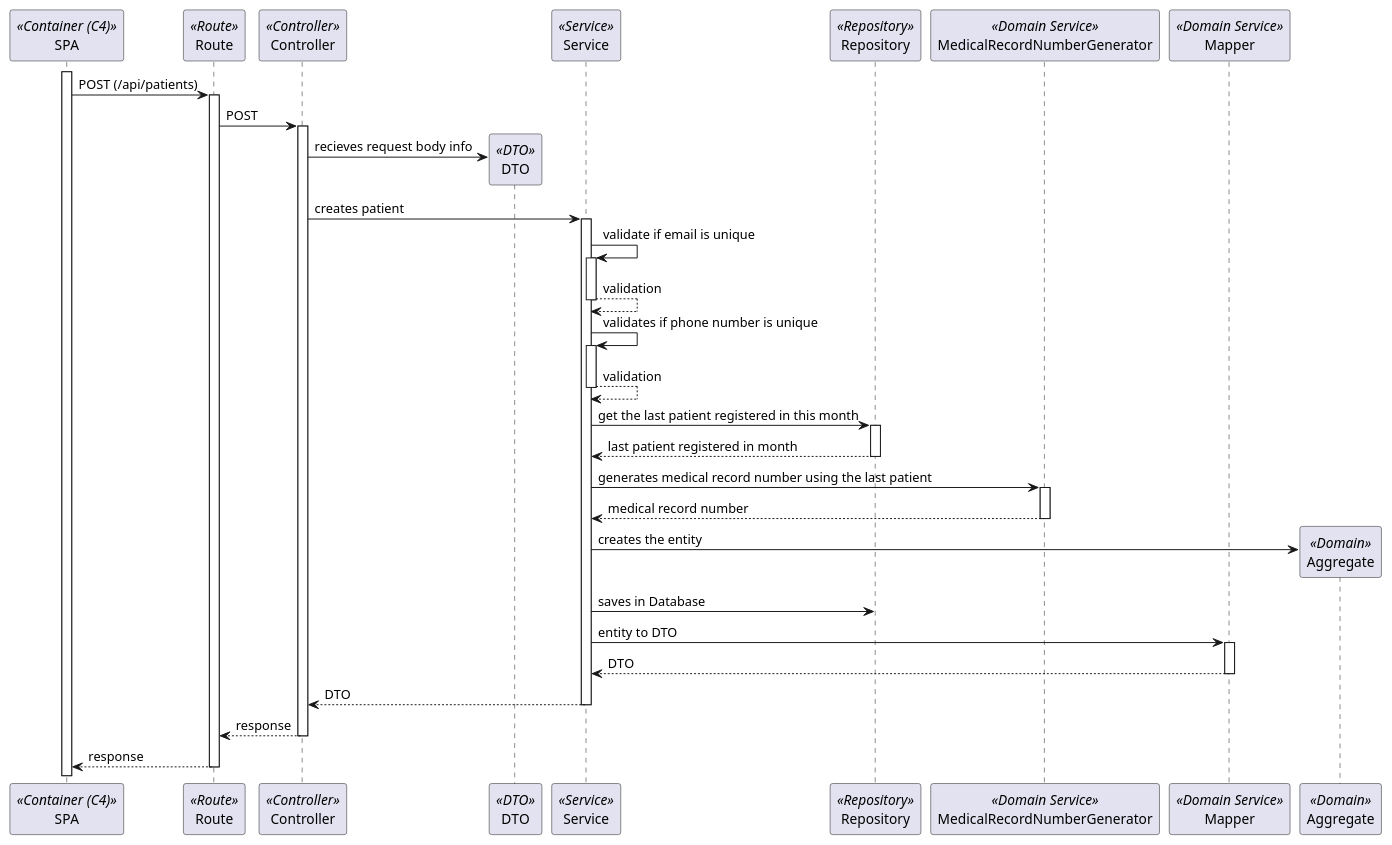
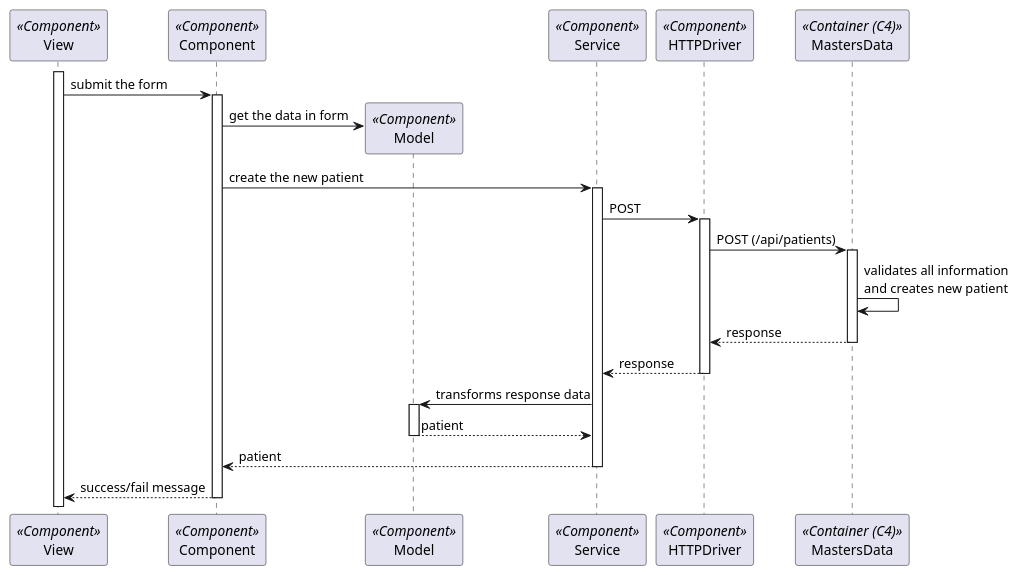
Before and after one commit to Rodrick0209/ISEP-SEM5PI-24-25: the diagram in docs/Sprint_2/Backoffice/US_6.2.6/L3/Process_View.puml, drawn with PlantUML. The commit also changed 19 other files, not shown here.

Commit message:
Updated level 3 diagrams for SPA adaptation #25

```diff
--- a/docs/Sprint_2/Backoffice/US_6.2.6/L3/Process_View.puml
+++ b/docs/Sprint_2/Backoffice/US_6.2.6/L3/Process_View.puml
@@ -2,40 +2,28 @@
 @startuml Process_View
-participant SPA as SPA <<Container (C4)>>
-participant Route as Route <<Route>>
-participant Controller as Controller <<Controller>>
-participant DTO as DTO <<DTO>>
-participant Service as Service <<Service>>
-participant Repository as Repository <<Repository>>
-participant MedicalRecordNumberGenerator as MedicalRecordNumberGenerator <<Domain Service>>
-participant Mapper as Mapper <<Domain Service>>
-participant Aggregate as Domain <<Domain>>
-activate SPA
-SPA -> Route: POST (/api/patients)
-activate Route
-Route -> Controller : POST
-activate Controller
-Controller -> DTO** : recieves request body info
-Controller -> Service : creates patient
+participant View as View <<Component>>
+participant Component as Component <<Component>>
+participant Model as Model <<Component>>
+participant Service as Service <<Component>>
+participant HTTPDriver as HTTPDriver <<Component>>
+participant MastersData as BE <<Container (C4)>>
+
+activate View
+View -> Component: submit the form
+activate Component
+Component -> Model**: get the data in form
+Component -> Service: create the new patient
 activate Service
-Service -> Service : validate if email is unique
-activate Service
-return validation
-Service -> Service : validates if phone number is unique
-activate Service
-return validation
-Service -> Repository : get the last patient registered in this month
-activate Repository
-return last patient registered in month
-Service -> MedicalRecordNumberGenerator : generates medical record number using the last patient
-activate MedicalRecordNumberGenerator
-return medical record number
-Service -> Domain** : creates the entity
-Service -> Repository : saves in Database
-Service -> Mapper : entity to DTO
-activate Mapper
-return DTO
-return DTO
+Service -> HTTPDriver: POST
+activate HTTPDriver
+HTTPDriver -> BE: POST (/api/patients)
+activate BE
+BE -> BE: validates all information\nand creates new patient
 return response
 return response
+Service -> Model: transforms response data
+activate Model
+return patient
+return patient
+return success/fail message
 
 @enduml
```
